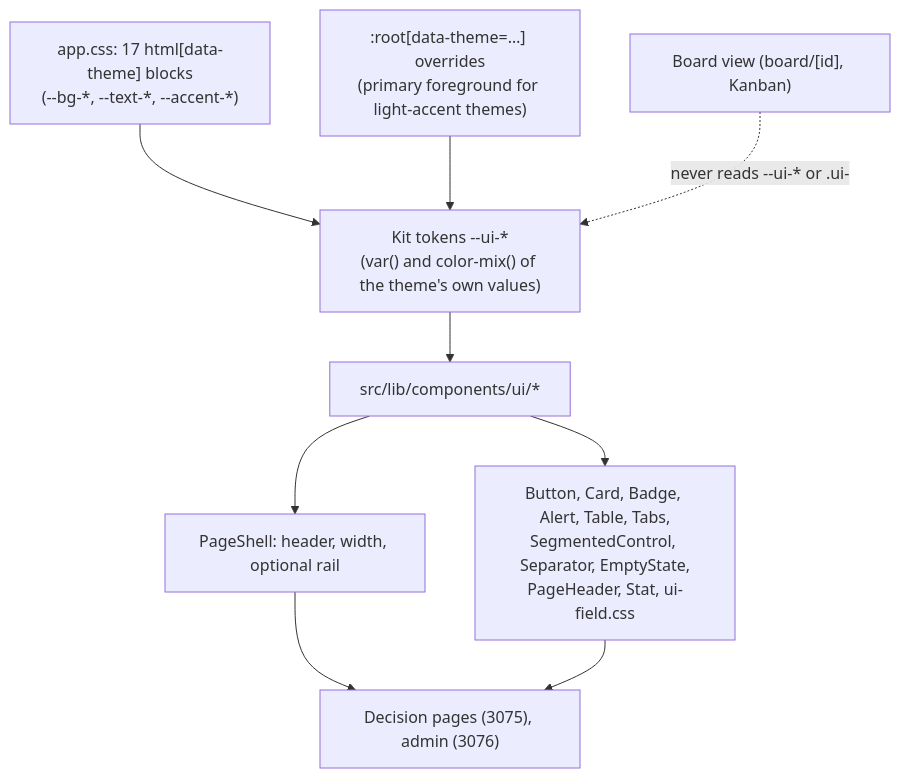
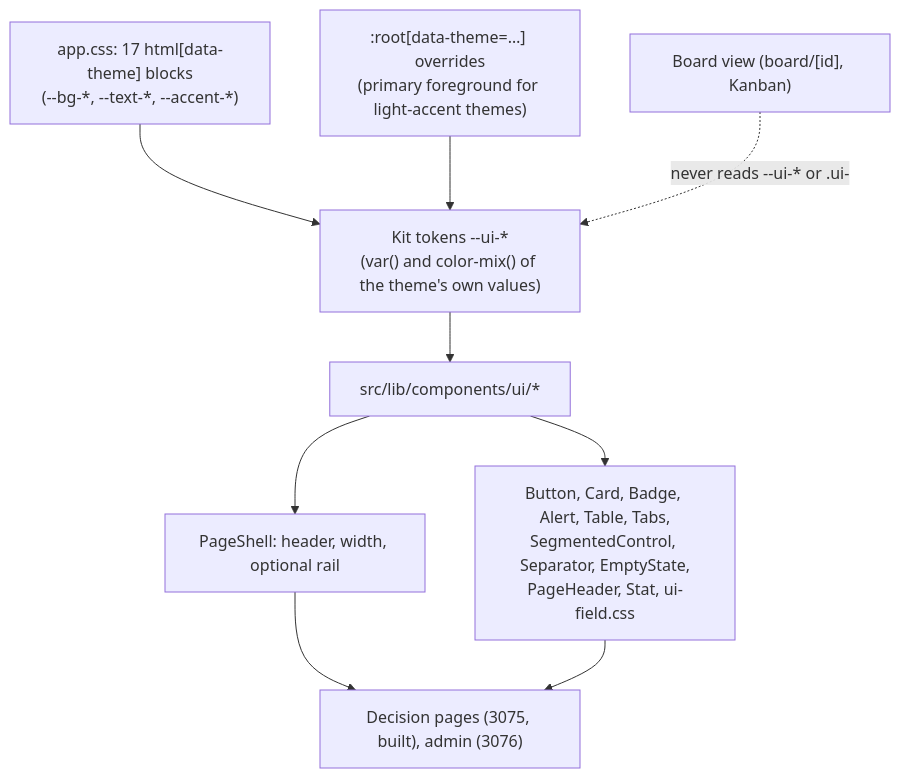
Before and after one commit to gitBoon/DumpFire: the first of 3 diagrams in docs/ui-kit.md, drawn with Mermaid. The commit also changed other lines of this file and 40 other files, not shown here.

````diff
--- a/docs/ui-kit.md
+++ b/docs/ui-kit.md
@@ -25,11 +28,11 @@
 ```mermaid
 flowchart TB
     Themes["app.css: 17 html[data-theme] blocks<br/>(--bg-*, --text-*, --accent-*)"] --> Tokens["Kit tokens --ui-*<br/>(var() and color-mix() of the theme's own values)"]
     Overrides[":root[data-theme=…] overrides<br/>(primary foreground for light-accent themes)"] --> Tokens
     Tokens --> Kit["src/lib/components/ui/*"]
     Kit --> Shell["PageShell: header, width, optional rail"]
     Kit --> Parts["Button, Card, Badge, Alert, Table, Tabs,<br/>SegmentedControl, Separator, EmptyState,<br/>PageHeader, Stat, ui-field.css"]
-    Shell --> Pages["Decision pages (3075), admin (3076)"]
+    Shell --> Pages["Decision pages (3075, built), admin (3076)"]
     Parts --> Pages
     Board["Board view (board/[id], Kanban)"] -.->|"never reads --ui-* or .ui-"| Tokens
 ```
````
